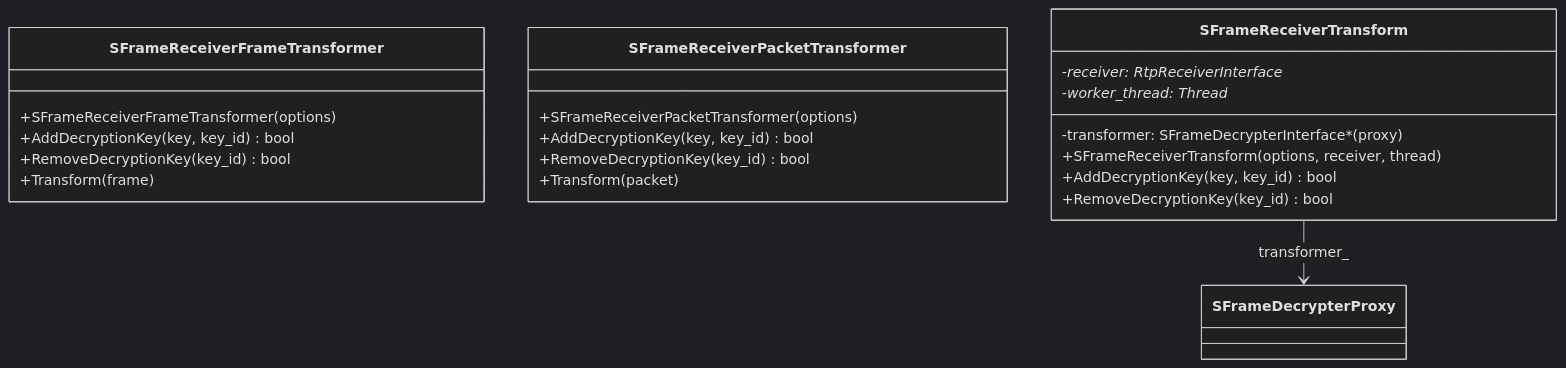
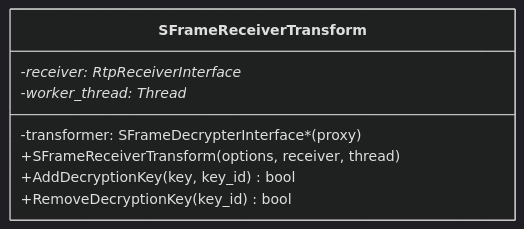
Before and after one commit to webex/webrtc-sframe: diagram 12 of 22 in README.md, drawn with Mermaid (dark theme). The commit also changed other lines of this file, not shown here.

Commit message:
architecture

````diff
--- a/README.md
+++ b/README.md
@@ -439,27 +415,11 @@
 ```mermaid
 classDiagram
-    class SFrameReceiverFrameTransformer {
-        +SFrameReceiverFrameTransformer(options)
-        +AddDecryptionKey(key, key_id) bool
-        +RemoveDecryptionKey(key_id) bool
-        +Transform(frame)
-    }
-
-    class SFrameReceiverPacketTransformer {
-      +SFrameReceiverPacketTransformer(options)
-      +AddDecryptionKey(key, key_id) bool
-      +RemoveDecryptionKey(key_id) bool
-      +Transform(packet)
-    }
-    
     class SFrameReceiverTransform {
         -receiver: RtpReceiverInterface*
         -worker_thread: Thread*
         -transformer: SFrameDecrypterInterface* (proxy)
         +SFrameReceiverTransform(options, receiver, thread)
         +AddDecryptionKey(key, key_id) bool
         +RemoveDecryptionKey(key_id) bool
     }
-    
-    SFrameReceiverTransform --> SFrameDecrypterProxy : transformer_
 ```
````
